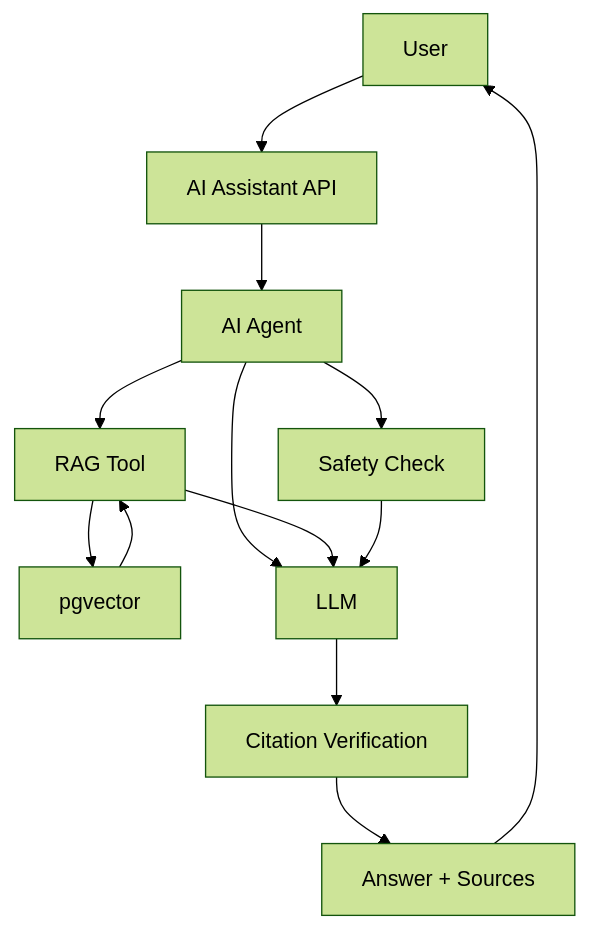
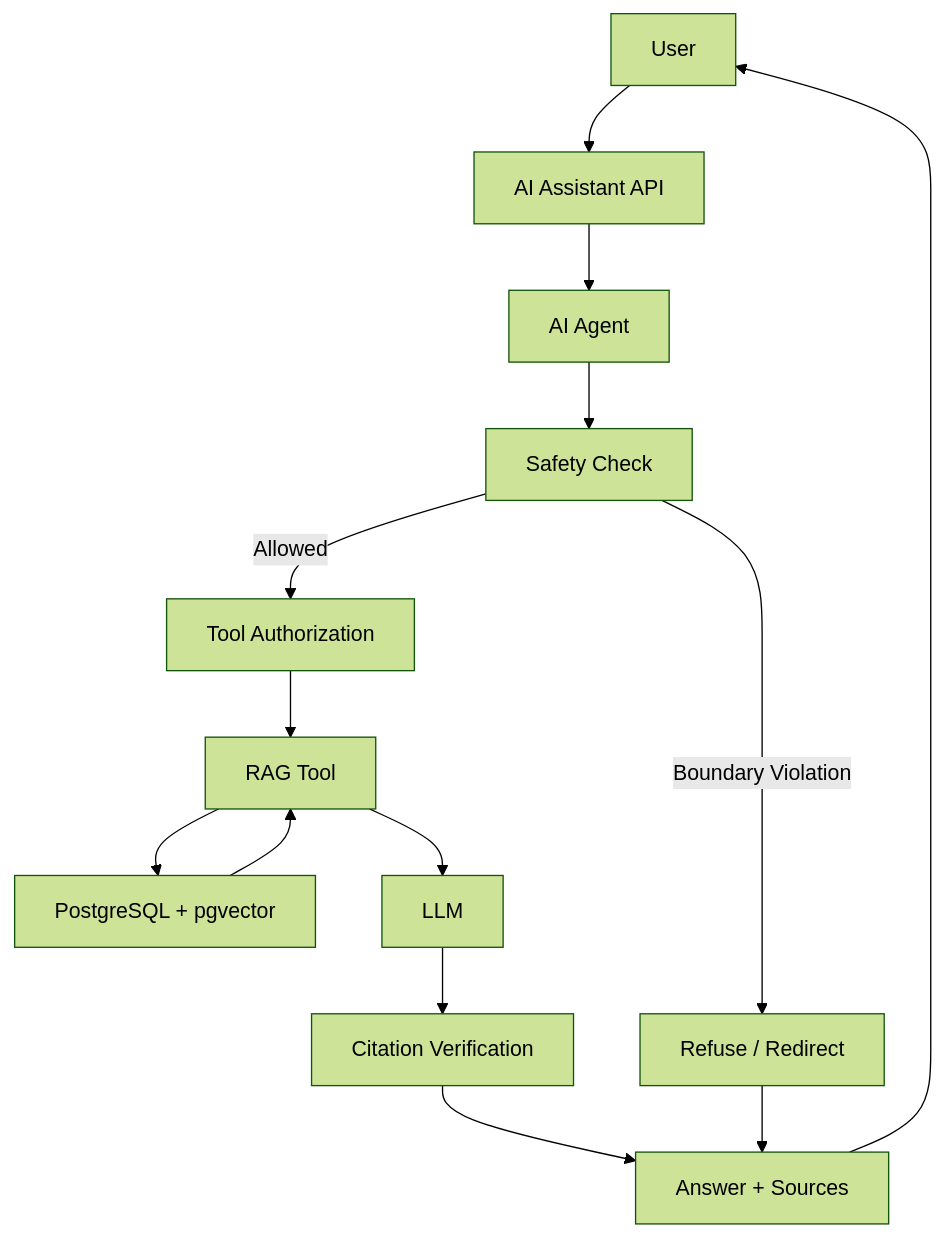
Before and after one commit to sabrahermassi/injury-journal-ai: the second of 3 diagrams in README.md, drawn with Mermaid (forest theme). The commit also changed other lines of this file, not shown here.

````diff
--- a/README.md
+++ b/README.md
@@ -21,18 +21,21 @@
 ```mermaid
 flowchart TD
     U["User"] --> API["AI Assistant API"]
     API --> A["AI Agent"]
 
-    A --> R["RAG Tool"]
-    R --> V["pgvector"]
+    A --> S["Safety Check"]
+
+    S -->|Allowed| AUTH["Tool Authorization"]
+    S -->|Boundary Violation| REF["Refuse / Redirect"]
+
+    AUTH --> R["RAG Tool"]
+    R --> V["PostgreSQL + pgvector"]
     V --> R
 
-    A --> S["Safety Check"]
-    A --> G["LLM"]
+    R --> G["LLM"]
     G --> CV["Citation Verification"]
+    CV --> OUT["Answer + Sources"]
 
-    R --> G
-    S --> G
-    CV --> OUT["Answer + Sources"]
+    REF --> OUT
     OUT --> U
 ```
````
